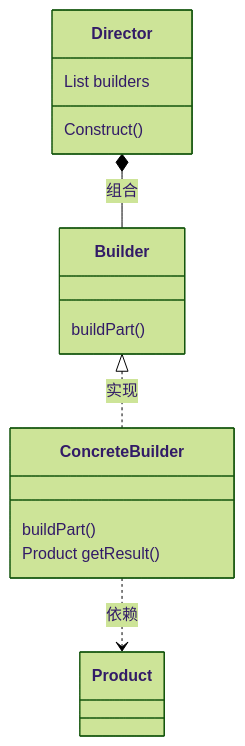
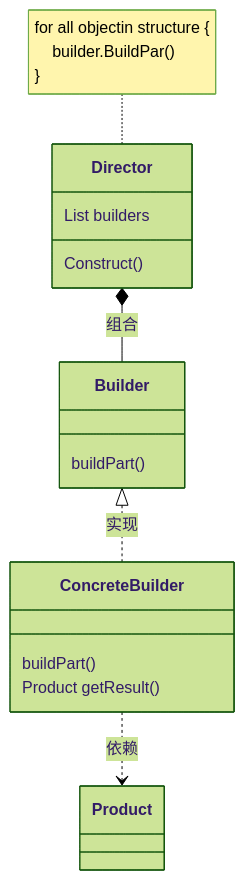
Before and after one commit to David-5-5/tutorial: the sixth of 16 diagrams in docs/designpattern/creator.md, drawn with Mermaid (forest theme). The commit also changed other lines of this file, not shown here.

Commit message:
Add note for class diagram

````diff
--- a/docs/designpattern/creator.md
+++ b/docs/designpattern/creator.md
@@ -403,22 +403,26 @@
 ```mermaid
 classDiagram
+
+note for Director "for all objectin structure {
+&nbsp;&nbsp;&nbsp;&nbsp;builder.BuildPar()
+}"
 
 class Director {
     List<Builder> builders
     Construct()
 }
 
 class Builder {
     buildPart()
 }
 
 class ConcreteBuilder {
     buildPart()
     Product getResult()
 }
 
 Director *-- Builder : 组合
 Builder <|.. ConcreteBuilder : 实现
 ConcreteBuilder ..> Product : 依赖
 
 ```
````
